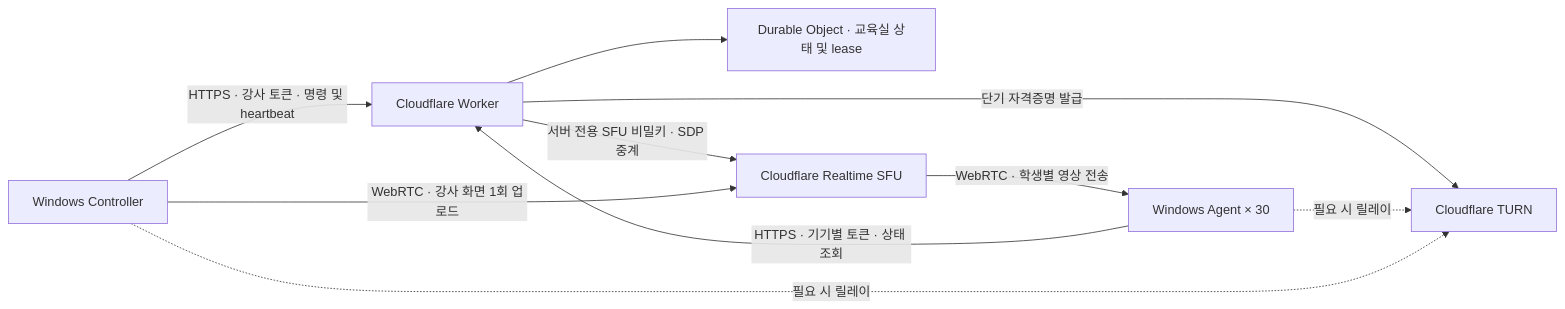
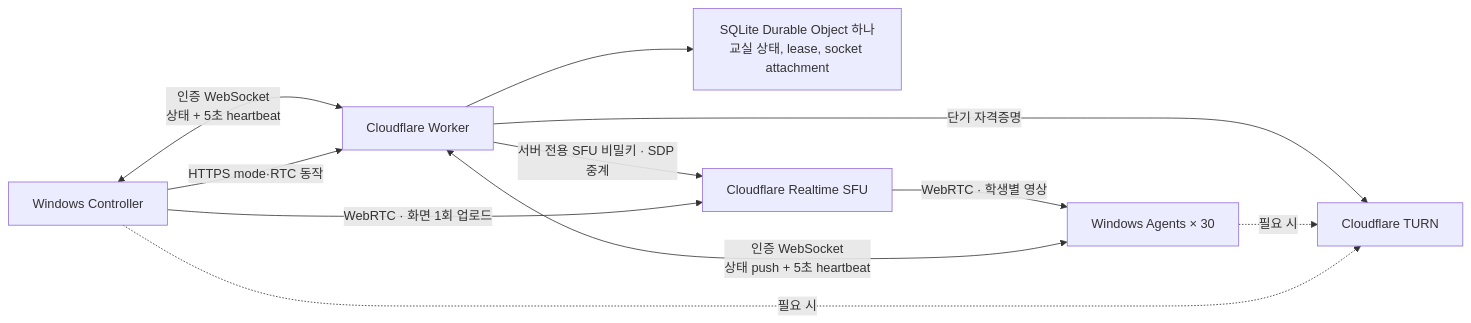
The diagram in docs/architecture.ko.md (kindsusu/classrelay), drawn with Mermaid before and after one commit. The commit also changed other lines of this file and 24 other files, not shown here.

Commit message:
Replace classroom polling with fail-safe WebSocket control

````diff
--- a/docs/architecture.ko.md
+++ b/docs/architecture.ko.md
@@ -11,12 +11,13 @@
 ```mermaid
 flowchart LR
-  C[Windows Controller] -->|HTTPS · 강사 토큰 · 명령 및 heartbeat| W[Cloudflare Worker]
-  A[Windows Agent × 30] -->|HTTPS · 기기별 토큰 · 상태 조회| W
-  W --> D[Durable Object · 교육실 상태 및 lease]
+  C[Windows Controller] <-->|인증 WebSocket\n상태 + 5초 heartbeat| W[Cloudflare Worker]
+  A[Windows Agents × 30] <-->|인증 WebSocket\n상태 push + 5초 heartbeat| W
+  C -->|HTTPS mode·RTC 동작| W
+  W --> D[SQLite Durable Object 하나\n교실 상태, lease, socket attachment]
   W -->|서버 전용 SFU 비밀키 · SDP 중계| S[Cloudflare Realtime SFU]
-  C -->|WebRTC · 강사 화면 1회 업로드| S
-  S -->|WebRTC · 학생별 영상 전송| A
-  W -->|단기 자격증명 발급| T[Cloudflare TURN]
-  A -. 필요 시 릴레이 .-> T
-  C -. 필요 시 릴레이 .-> T
+  C -->|WebRTC · 화면 1회 업로드| S
+  S -->|WebRTC · 학생별 영상| A
+  W -->|단기 자격증명| T[Cloudflare TURN]
+  A -. 필요 시 .-> T
+  C -. 필요 시 .-> T
 ```
````
